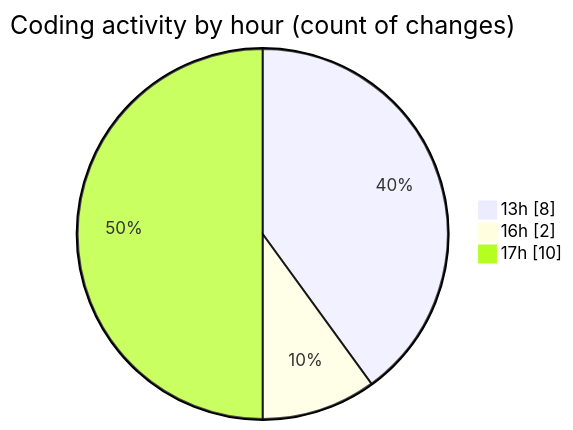
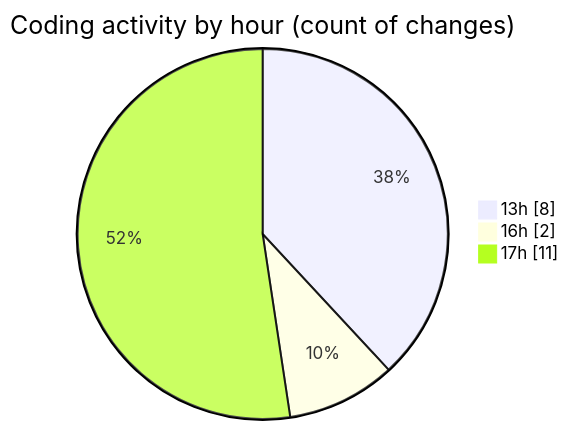
Before and after one commit to nxtqubesakshisongat/code-tracking: the second of 2 diagrams in 2025-12-10/nxtqube_webapp/README.md, drawn with Mermaid. The commit also changed other lines of this file and 1 other file, not shown here.

````diff
--- a/2025-12-10/nxtqube_webapp/README.md
+++ b/2025-12-10/nxtqube_webapp/README.md
@@ -28,7 +30,7 @@
 ```mermaid
 pie showData
 title Coding activity by hour (count of changes)
 "13h" : 8
 "16h" : 2
-"17h" : 10
+"17h" : 11
 ```
````
